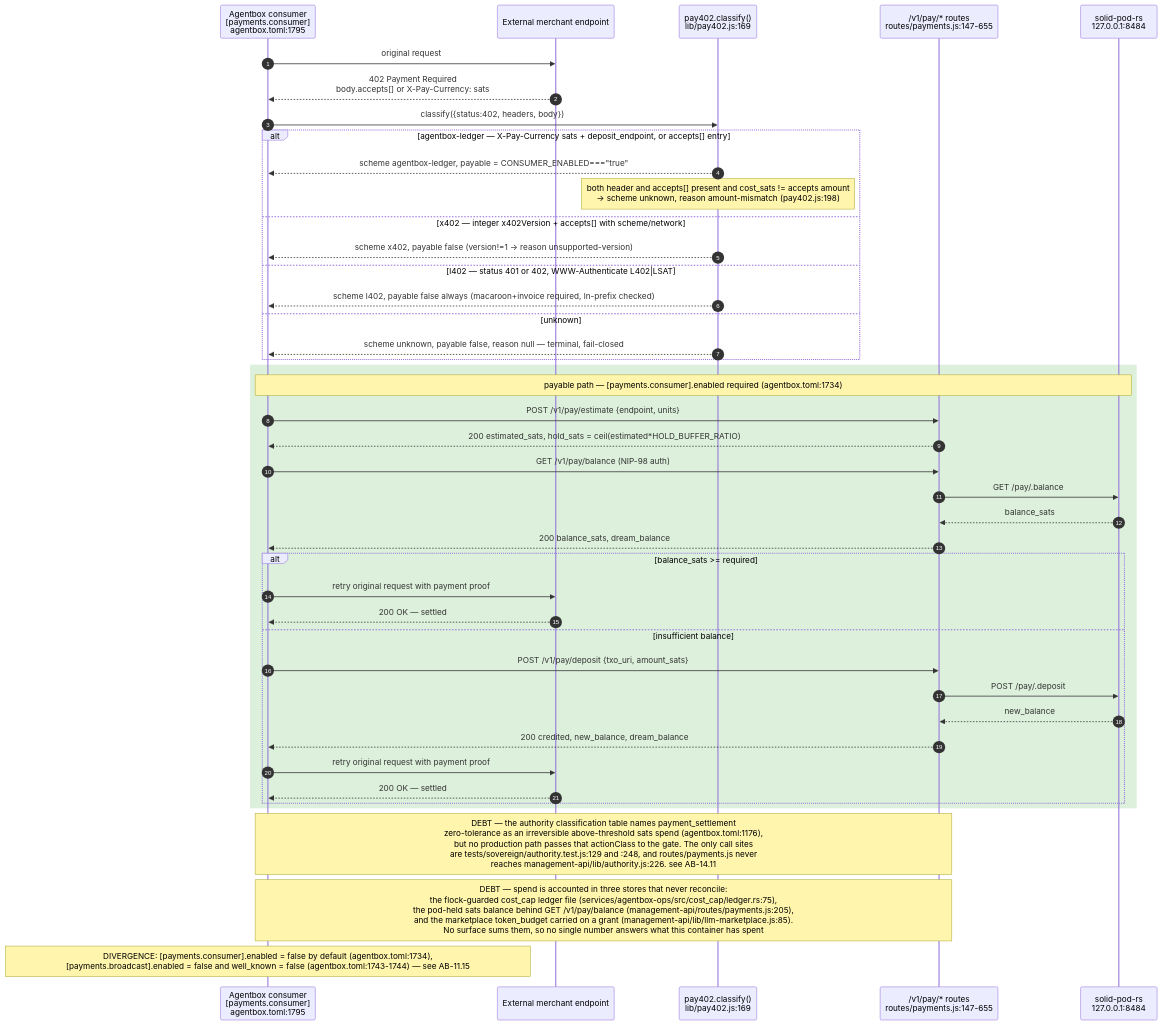
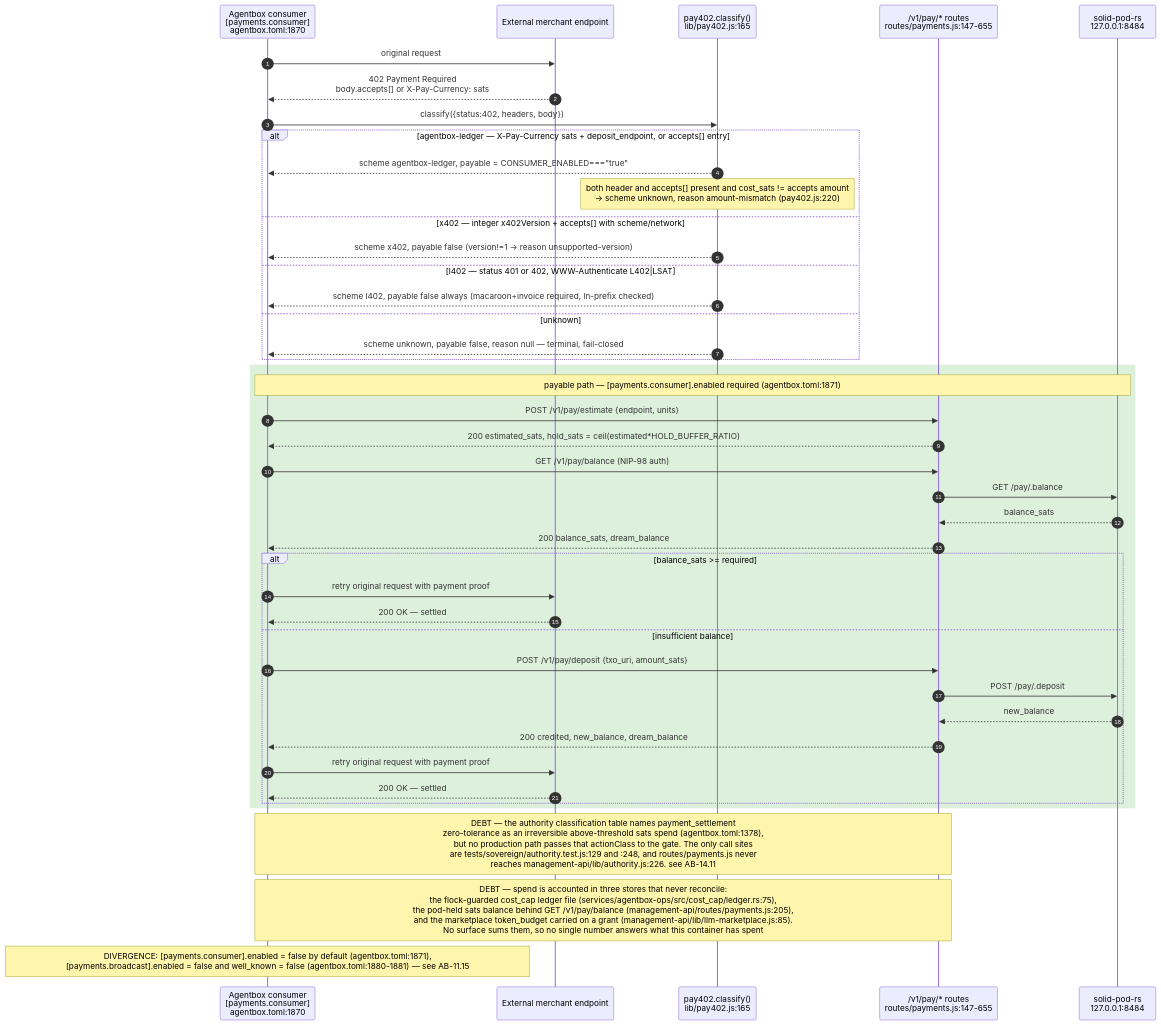
The sixth of 15 diagrams in docs/diagrams/agentbox/15-capability-gating-spend-consultants.md (DreamLab-AI/VisionFlow), drawn with Mermaid before and after one commit. The commit also changed other lines of this file and 160 other files, not shown here.

````diff
--- a/docs/diagrams/agentbox/15-capability-gating-spend-consultants.md
+++ b/docs/diagrams/agentbox/15-capability-gating-spend-consultants.md
@@ -285,47 +287,47 @@
 ```mermaid
 sequenceDiagram
     autonumber
-    participant Agent as Agentbox consumer<br/>[payments.consumer]<br/>agentbox.toml:1795
+    participant Agent as Agentbox consumer<br/>[payments.consumer]<br/>agentbox.toml:1870
     participant Merchant as External merchant endpoint
-    participant Classify as pay402.classify()<br/>lib/pay402.js:169
+    participant Classify as pay402.classify()<br/>lib/pay402.js:165
     participant Pay as /v1/pay/* routes<br/>routes/payments.js:147-655
     participant Pod as solid-pod-rs<br/>127.0.0.1:8484
 
     Agent->>Merchant: original request
     Merchant-->>Agent: 402 Payment Required<br/>body.accepts[] or X-Pay-Currency: sats
     Agent->>Classify: classify({status:402, headers, body})
     alt agentbox-ledger — X-Pay-Currency sats + deposit_endpoint, or accepts[] entry
         Classify-->>Agent: scheme agentbox-ledger, payable = CONSUMER_ENABLED==="true"
-        Note over Classify: both header and accepts[] present and cost_sats != accepts amount<br/>-> scheme unknown, reason amount-mismatch (pay402.js:198)
+        Note over Classify: both header and accepts[] present and cost_sats != accepts amount<br/>-> scheme unknown, reason amount-mismatch (pay402.js:220)
     else x402 — integer x402Version + accepts[] with scheme/network
         Classify-->>Agent: scheme x402, payable false #40;version!=1 -> reason unsupported-version#41;
     else l402 — status 401 or 402, WWW-Authenticate L402#124;LSAT
         Classify-->>Agent: scheme l402, payable false always #40;macaroon+invoice required, ln-prefix checked#41;
     else unknown
         Classify-->>Agent: scheme unknown, payable false, reason null — terminal, fail-closed
     end
 
     rect rgb(220,240,220)
-    Note over Agent,Pod: payable path — [payments.consumer].enabled required (agentbox.toml:1734)
+    Note over Agent,Pod: payable path — [payments.consumer].enabled required (agentbox.toml:1871)
     Agent->>Pay: POST /v1/pay/estimate {endpoint, units}
     Pay-->>Agent: 200 estimated_sats, hold_sats = ceil(estimated*HOLD_BUFFER_RATIO)
     Agent->>Pay: GET /v1/pay/balance (NIP-98 auth)
     Pay->>Pod: GET /pay/.balance
     Pod-->>Pay: balance_sats
     Pay-->>Agent: 200 balance_sats, dream_balance
     alt balance_sats #62;#61; required
         Agent->>Merchant: retry original request with payment proof
         Merchant-->>Agent: 200 OK — settled
     else insufficient balance
         Agent->>Pay: POST /v1/pay/deposit {txo_uri, amount_sats}
         Pay->>Pod: POST /pay/.deposit
         Pod-->>Pay: new_balance
         Pay-->>Agent: 200 credited, new_balance, dream_balance
         Agent->>Merchant: retry original request with payment proof
         Merchant-->>Agent: 200 OK — settled
     end
     end
-    Note over Agent,Pay: DEBT — the authority classification table names payment_settlement<br/>zero-tolerance as an irreversible above-threshold sats spend (agentbox.toml:1176),<br/>but no production path passes that actionClass to the gate. The only call sites<br/>are tests/sovereign/authority.test.js:129 and :248, and routes/payments.js never<br/>reaches management-api/lib/authority.js:226. see AB-14.11
+    Note over Agent,Pay: DEBT — the authority classification table names payment_settlement<br/>zero-tolerance as an irreversible above-threshold sats spend (agentbox.toml:1378),<br/>but no production path passes that actionClass to the gate. The only call sites<br/>are tests/sovereign/authority.test.js:129 and :248, and routes/payments.js never<br/>reaches management-api/lib/authority.js:226. see AB-14.11
     Note over Agent,Pay: DEBT — spend is accounted in three stores that never reconcile:<br/>the flock-guarded cost_cap ledger file (services/agentbox-ops/src/cost_cap/ledger.rs:75),<br/>the pod-held sats balance behind GET /v1/pay/balance (management-api/routes/payments.js:205),<br/>and the marketplace token_budget carried on a grant (management-api/lib/llm-marketplace.js:85).<br/>No surface sums them, so no single number answers what this container has spent
-    Note over Agent: DIVERGENCE: #91;payments.consumer#93;.enabled = false by default #40;agentbox.toml:1734#41;,<br/>#91;payments.broadcast#93;.enabled = false and well_known = false #40;agentbox.toml:1743-1744#41; — see AB-11.15
+    Note over Agent: DIVERGENCE: #91;payments.consumer#93;.enabled = false by default #40;agentbox.toml:1871#41;,<br/>#91;payments.broadcast#93;.enabled = false and well_known = false #40;agentbox.toml:1880-1881#41; — see AB-11.15
 ```
````
